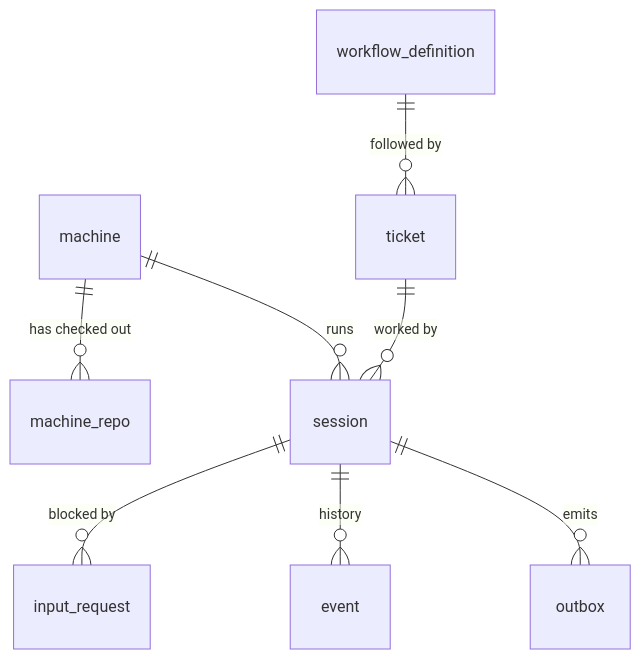
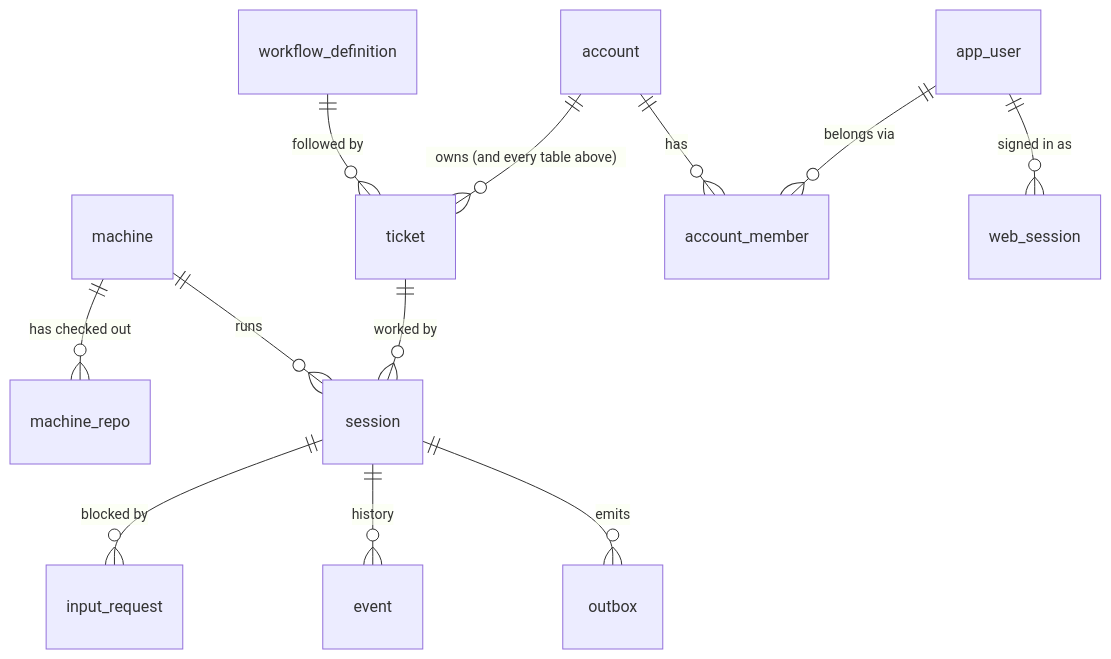
The diagram in docs/design/02-data-model.md (benjgrad/conductor), drawn with Mermaid before and after one commit. The commit also changed other lines of this file and 8 other files, not shown here.

First line of the commit message:
feat(orchestrator): M2-T03 accounts and auth schema migration

````diff
--- a/docs/design/02-data-model.md
+++ b/docs/design/02-data-model.md
@@ -5,10 +5,14 @@
 ```mermaid
 erDiagram
   machine ||--o{ machine_repo : "has checked out"
   machine ||--o{ session : "runs"
   ticket ||--o{ session : "worked by"
   workflow_definition ||--o{ ticket : "followed by"
   session ||--o{ input_request : "blocked by"
   session ||--o{ event : "history"
   session ||--o{ outbox : "emits"
+  account ||--o{ ticket : "owns (and every table above)"
+  account ||--o{ account_member : "has"
+  app_user ||--o{ account_member : "belongs via"
+  app_user ||--o{ web_session : "signed in as"
 ```
````
